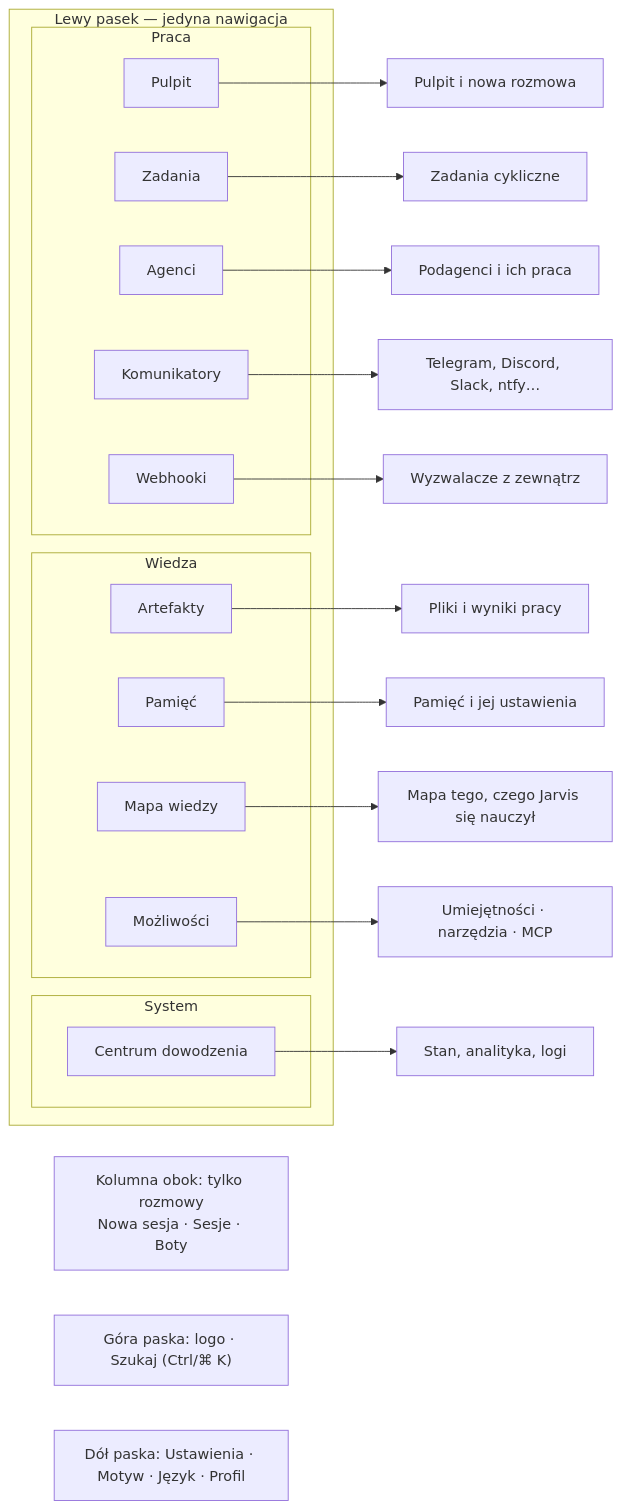
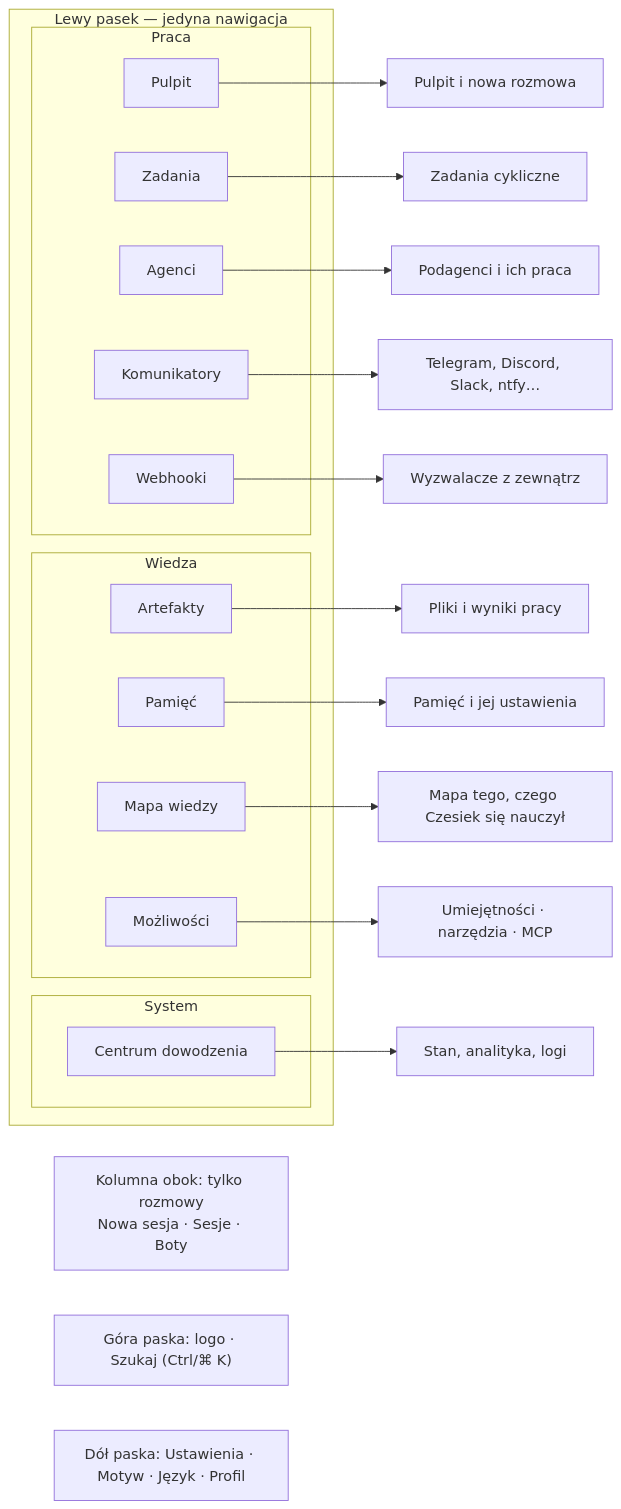
One commit to aievolutionpl/ai-evolution-jarvis changed the third of 14 diagrams in README.md. Above: the diagram before and after it, drawn with Mermaid. The commit also changed other lines of this file, not shown here.

Commit message:
docs(readme): narracja Agent Czesiek + szybki start na gorze, dlugie sekcje w dol (#44)

````diff
--- a/README.md
+++ b/README.md
@@ -242,36 +259,36 @@
 ```mermaid
 flowchart LR
     subgraph RAIL["Lewy pasek — jedyna nawigacja"]
         subgraph W["Praca"]
             J["Pulpit"]
             T["Zadania"]
             AG["Agenci"]
             K["Komunikatory"]
             WH["Webhooki"]
         end
         subgraph KN["Wiedza"]
             A["Artefakty"]
             P["Pamięć"]
             SM["Mapa wiedzy"]
             M["Możliwości"]
         end
         subgraph SY["System"]
             CC["Centrum dowodzenia"]
         end
     end
 
     J --> H["Pulpit i nowa rozmowa"]
     T --> C["Zadania cykliczne"]
     AG --> AGS["Podagenci i ich praca"]
     K --> MS["Telegram, Discord, Slack, ntfy…"]
     WH --> WHS["Wyzwalacze z zewnątrz"]
     A --> AR["Pliki i wyniki pracy"]
     P --> MEM["Pamięć i jej ustawienia"]
-    SM --> SMS["Mapa tego, czego Jarvis się nauczył"]
+    SM --> SMS["Mapa tego, czego Czesiek się nauczył"]
     M --> CAP["Umiejętności · narzędzia · MCP"]
     CC --> CCS["Stan, analityka, logi"]
 
     SB["Kolumna obok: tylko rozmowy<br/>Nowa sesja · Sesje · Boty"]
     TOP["Góra paska: logo · Szukaj (Ctrl/⌘ K)"]
     BOT["Dół paska: Ustawienia · Motyw · Język · Profil"]
 ```
````
